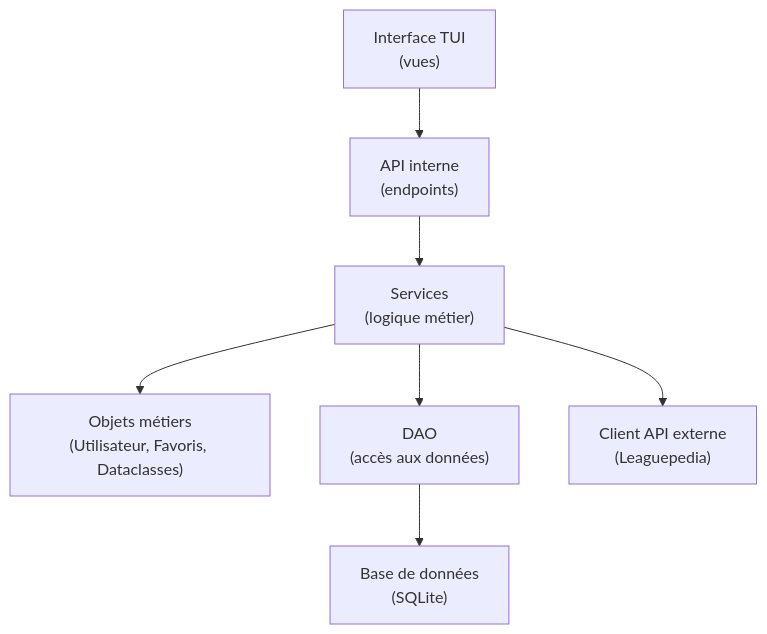
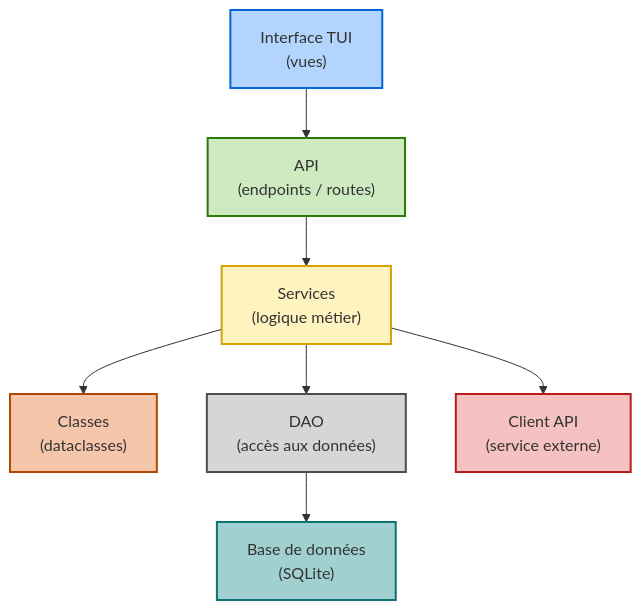
Before and after one commit to SimonHerve22/projet-conception-logicielle: the diagram in README.md, drawn with Mermaid.

Commit message:
archi diag

````diff
--- a/README.md
+++ b/README.md
@@ -3,18 +3,29 @@
 ```mermaid
 flowchart TB
 
+%% Définition des nœuds
 TUI["Interface TUI<br>(vues)"]
-API["API interne<br>(endpoints)"]
+API["API<br>(endpoints / routes)"]
 SERVICES["Services<br>(logique métier)"]
-MODELES["Objets métiers<br>(Utilisateur, Favoris, Dataclasses)"]
+MODELES["Classes<br>(dataclasses)"]
 DAO["DAO<br>(accès aux données)"]
 BDD["Base de données<br>(SQLite)"]
-CLIENT["Client API externe<br>(Leaguepedia)"]
+CLIENT["Client API<br>(service externe)"]
 
+%% Flux
 TUI --> API
 API --> SERVICES
 SERVICES --> MODELES
 SERVICES --> DAO
 DAO --> BDD
 SERVICES --> CLIENT
+
+%% Styles / couleurs
+style TUI fill:#B3D4FC,stroke:#0366D6,stroke-width:2px
+style API fill:#CDEAC0,stroke:#2C7A0B,stroke-width:2px
+style SERVICES fill:#FFF3BF,stroke:#D4A500,stroke-width:2px
+style MODELES fill:#F5C6AA,stroke:#B34700,stroke-width:2px
+style DAO fill:#D6D6D6,stroke:#4D4D4D,stroke-width:2px
+style BDD fill:#A1D0D0,stroke:#0D7377,stroke-width:2px
+style CLIENT fill:#F6C1C1,stroke:#B91C1C,stroke-width:2px
 ```
````
